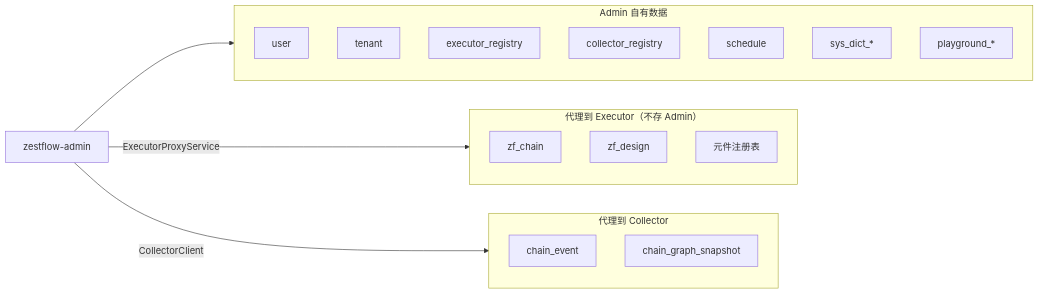
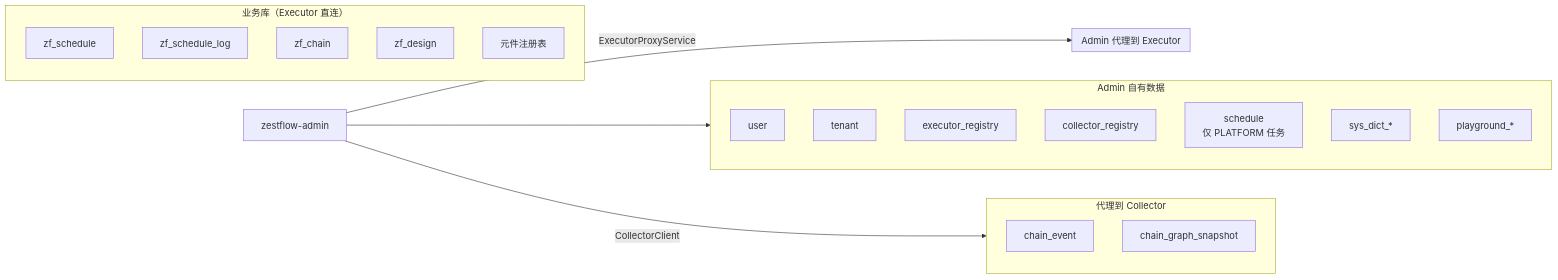
One commit to zestcc/zestflow changed diagram 18 of 38 in docs/ARCHITECTURE.md. Above: the diagram before and after it, drawn with Mermaid. The commit also changed other lines of this file and 92 other files, not shown here.

````diff
--- a/docs/ARCHITECTURE.md
+++ b/docs/ARCHITECTURE.md
@@ -839,27 +843,37 @@
 ```mermaid
 graph LR
     subgraph AdminDB["Admin 自有数据"]
         U[user]
         T[tenant]
         ER[executor_registry]
         CR[collector_registry]
-        SCH[schedule]
+        SCH[schedule<br/>仅 PLATFORM 任务]
         DICT[sys_dict_*]
         PG[playground_*]
     end
 
-    subgraph ProxyData["代理到 Executor（不存 Admin）"]
+    subgraph BizDB["业务库（Executor 直连）"]
+        ZFSCH[zf_schedule]
+        ZFSLOG[zf_schedule_log]
         CHAIN[zf_chain]
         DESIGN[zf_design]
         COMP[元件注册表]
+    end
+
+    subgraph ProxyData["Admin 代理到 Executor"]
+        CHAIN
+        DESIGN
+        COMP
+        ZFSCH
+        ZFSLOG
     end
 
     subgraph CollectorData["代理到 Collector"]
         EVT[chain_event]
         SNAP[chain_graph_snapshot]
     end
 
     ADMIN[zestflow-admin] --> AdminDB
     ADMIN -->|ExecutorProxyService| ProxyData
     ADMIN -->|CollectorClient| CollectorData
 ```
````
